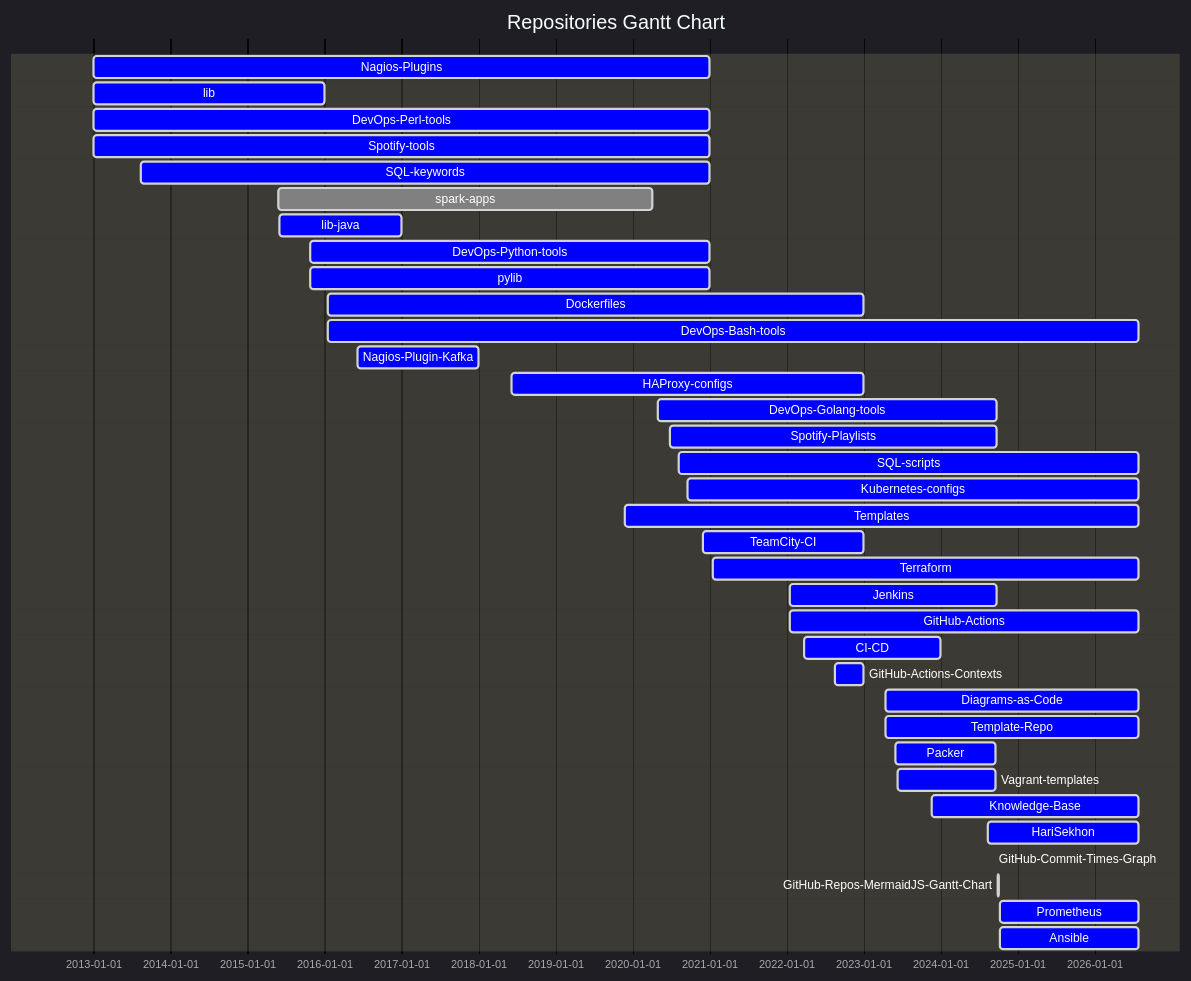
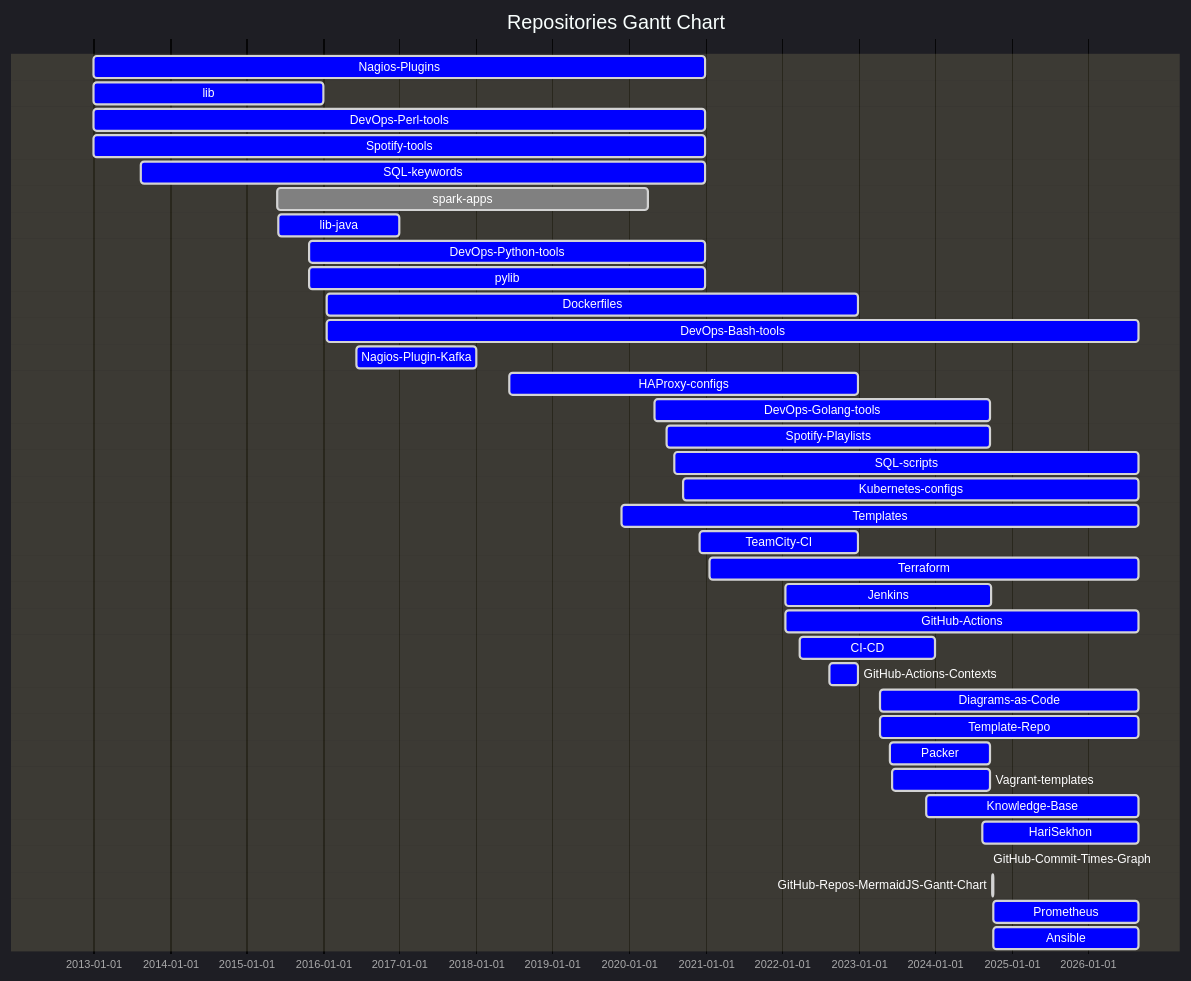
Before and after one commit to HariSekhon/HariSekhon: the first of 2 diagrams in README.md, drawn with Mermaid. The commit also changed other lines of this file, not shown here.

````diff
--- a/README.md
+++ b/README.md
@@ -1286,58 +1286,58 @@
 ```mermaid
 %%{ init: {
         "topAxis": true,
         "logLevel": "debug",
         'theme': 'dark',
         'themeVariables': {
           'activeTaskBkgColor': '#0000ff',
           'activeTaskBorderColor': 'lightgrey',
           'critBorderColor': 'lightgrey',
           'doneTaskBkgColor': 'grey',
           'doneTaskBorderColor': 'lightgrey',
           'taskBkgColor': 'black',
           'taskBorderColor': 'black',
           'taskTextColor': 'white',
           'taskTextDarkColor': 'white',
           'taskTextLightColor': 'black',
           'todayLineColor': 'red'
         }
     }
 }%%
 gantt
     dateFormat  YYYY-MM-DD
     title Repositories Gantt Chart
     Nagios-Plugins : active, 2012-12-30, 2020-12-31
     lib : active, 2012-12-30, 2015-12-31
     DevOps-Perl-tools : active, 2012-12-30, 2020-12-31
     Spotify-tools : active, 2012-12-30, 2020-12-31
     SQL-keywords : active, 2013-08-13, 2020-12-31
     spark-apps : done, 2015-05-25, 2020-04-02
     lib-java : active, 2015-05-31, 2016-12-31
     DevOps-Python-tools : active, 2015-10-27, 2020-12-31
     pylib : active, 2015-10-27, 2020-12-31
     Dockerfiles : active, 2016-01-17, 2022-12-31
-    DevOps-Bash-tools : active, 2016-01-17, 2026-07-30
+    DevOps-Bash-tools : active, 2016-01-17, 2026-08-30
     Nagios-Plugin-Kafka : active, 2016-06-07, 2017-12-31
     HAProxy-configs : active, 2018-06-08, 2022-12-31
     DevOps-Golang-tools : active, 2020-04-30, 2024-09-22
     Spotify-Playlists : active, 2020-06-29, 2024-09-22
-    SQL-scripts : active, 2020-08-05, 2026-07-30
-    Kubernetes-configs : active, 2020-09-16, 2026-07-30
-    Templates : active, 2019-11-25, 2026-07-30
+    SQL-scripts : active, 2020-08-05, 2026-08-30
+    Kubernetes-configs : active, 2020-09-16, 2026-08-30
+    Templates : active, 2019-11-25, 2026-08-30
     TeamCity-CI : active, 2020-12-03, 2022-12-31
-    Terraform : active, 2021-01-18, 2026-07-30
+    Terraform : active, 2021-01-18, 2026-08-30
     Jenkins : active, 2022-01-17, 2024-09-23
-    GitHub-Actions : active, 2022-01-17, 2026-07-30
+    GitHub-Actions : active, 2022-01-17, 2026-08-30
     CI-CD : active, 2022-03-25, 2023-12-31
     GitHub-Actions-Contexts : active, 2022-08-17, 2022-12-31
-    Diagrams-as-Code : active, 2023-04-14, 2026-07-30
-    Template-Repo : active, 2023-04-15, 2026-07-30
+    Diagrams-as-Code : active, 2023-04-14, 2026-08-30
+    Template-Repo : active, 2023-04-15, 2026-08-30
     Packer : active, 2023-06-02, 2024-09-21
     Vagrant-templates : active, 2023-06-12, 2024-09-21
-    Knowledge-Base : active, 2023-11-22, 2026-07-30
-    HariSekhon : active, 2024-08-14, 2026-07-30
+    Knowledge-Base : active, 2023-11-22, 2026-08-30
+    HariSekhon : active, 2024-08-14, 2026-08-30
     GitHub-Commit-Times-Graph : active, 2024-09-07, 2024-09-08
     GitHub-Repos-MermaidJS-Gantt-Chart : active, 2024-10-02, 2024-10-03
-    Prometheus : active, 2024-10-08, 2026-07-30
-    Ansible : active, 2024-10-08, 2026-07-30
+    Prometheus : active, 2024-10-08, 2026-08-30
+    Ansible : active, 2024-10-08, 2026-08-30
 ```
````
